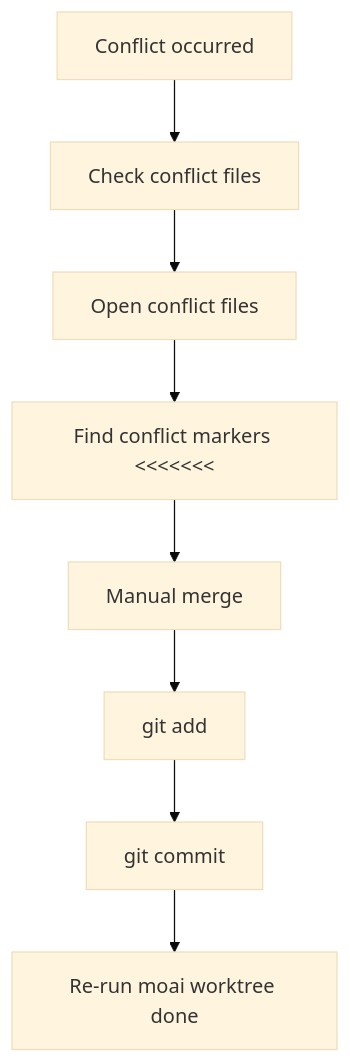
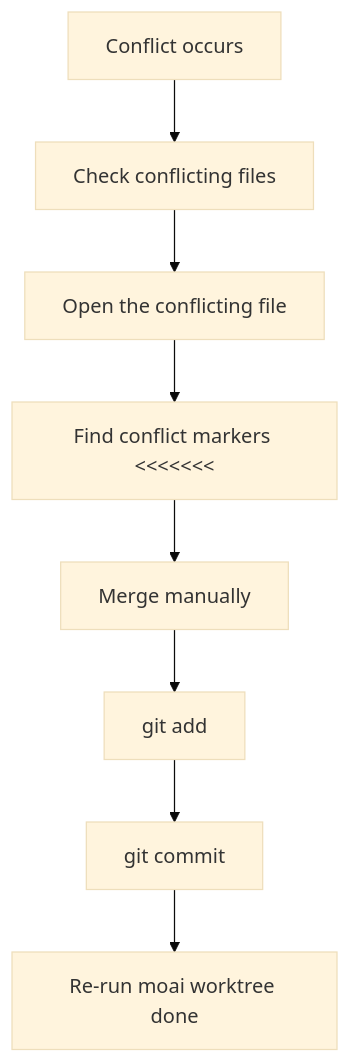
One commit to modu-ai/moai-adk changed the sixth of 9 diagrams in docs-site/content/en/worktree/faq.md. Above: the diagram before and after it, drawn with Mermaid (base theme). The commit also changed other lines of this file and 395 other files, not shown here.

````diff
--- a/docs-site/content/en/worktree/faq.md
+++ b/docs-site/content/en/worktree/faq.md
@@ -249,10 +250,10 @@
 ```mermaid
 flowchart TD
-    A[Conflict occurred] --> B[Check conflict files]
-    B --> C[Open conflict files]
-    C --> D[Find conflict markers <<<<<<<]
-    D --> E[Manual merge]
+    A[Conflict occurs] --> B[Check conflicting files]
+    B --> C[Open the conflicting file]
+    C --> D[Find conflict markers &lt;&lt;&lt;&lt;&lt;&lt;&lt;]
+    D --> E[Merge manually]
     E --> F[git add]
     F --> G[git commit]
     G --> H[Re-run moai worktree done]
 ```
````
